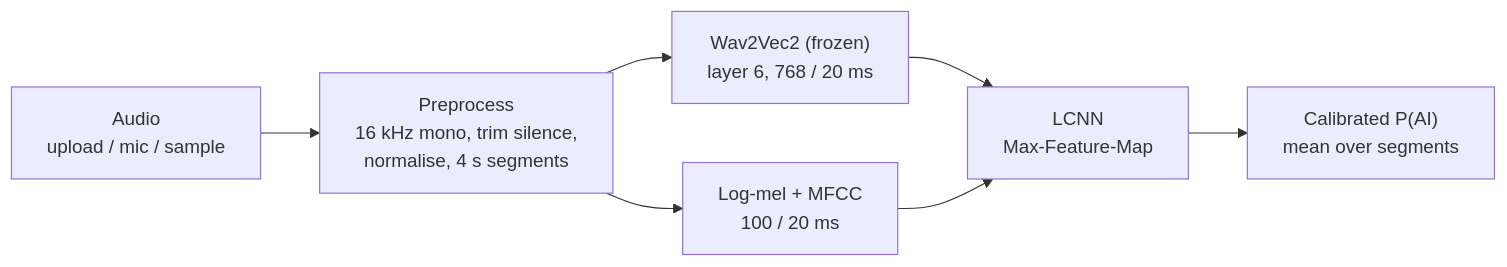
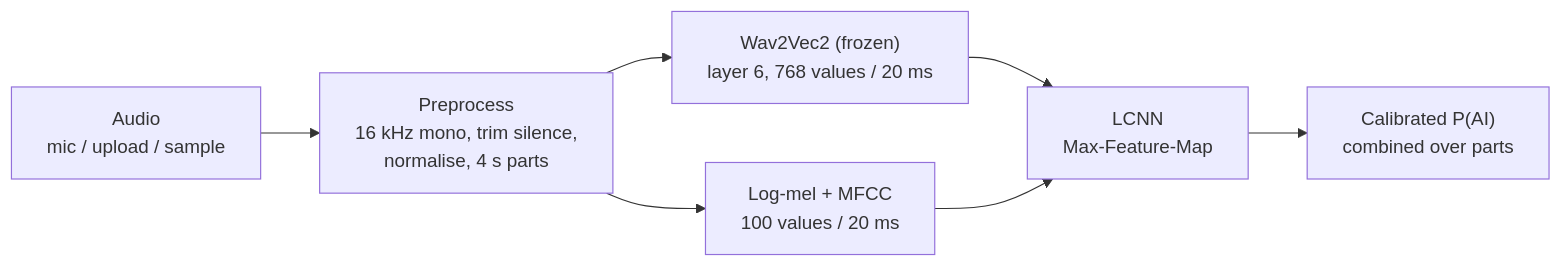
One commit to Manjunath-G-K/fakeaudio-shield changed the diagram in README.md. Above: the diagram before and after it, drawn with Mermaid. The commit also changed other lines of this file and 11 other files, not shown here.

````diff
--- a/README.md
+++ b/README.md
@@ -37,9 +150,9 @@
 ```mermaid
 flowchart LR
-    A["Audio<br/>upload / mic / sample"] --> B["Preprocess<br/>16 kHz mono, trim silence,<br/>normalise, 4 s segments"]
-    B --> C["Wav2Vec2 (frozen)<br/>layer 6, 768 / 20 ms"]
-    B --> D["Log-mel + MFCC<br/>100 / 20 ms"]
+    A["Audio<br/>mic / upload / sample"] --> B["Preprocess<br/>16 kHz mono, trim silence,<br/>normalise, 4 s parts"]
+    B --> C["Wav2Vec2 (frozen)<br/>layer 6, 768 values / 20 ms"]
+    B --> D["Log-mel + MFCC<br/>100 values / 20 ms"]
     C --> E["LCNN<br/>Max-Feature-Map"]
     D --> E
-    E --> F["Calibrated P(AI)<br/>mean over segments"]
+    E --> F["Calibrated P(AI)<br/>combined over parts"]
 ```
````
